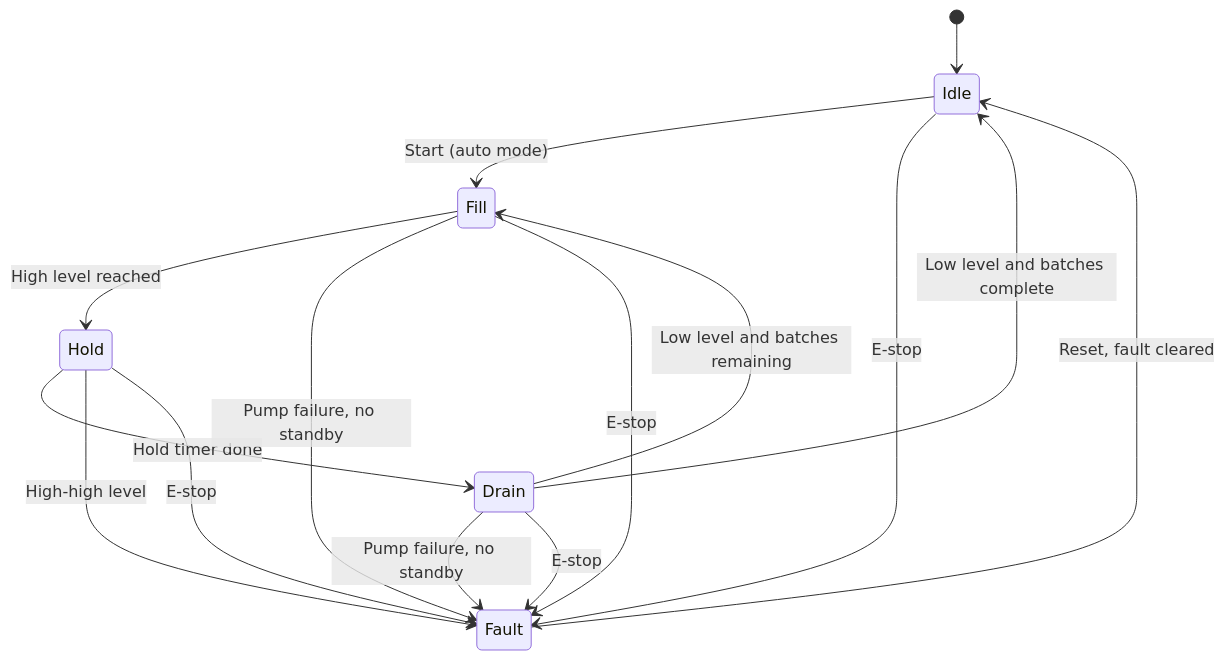
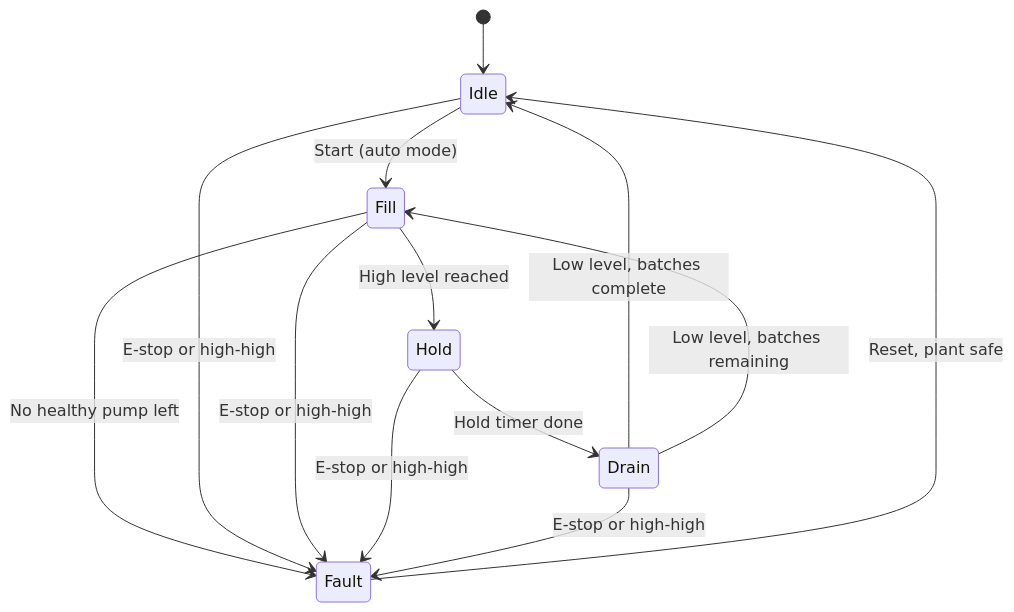
Before and after one commit to lucckkyyy/PLC_Batching_Station: the diagram in README.md, drawn with Mermaid. The commit also changed other lines of this file, not shown here.

````diff
--- a/README.md
+++ b/README.md
@@ -25,17 +73,15 @@
 ```mermaid
 stateDiagram-v2
     [*] --> Idle
     Idle --> Fill: Start (auto mode)
     Fill --> Hold: High level reached
     Hold --> Drain: Hold timer done
-    Drain --> Idle: Low level and batches complete
-    Drain --> Fill: Low level and batches remaining
-    Fill --> Fault: Pump failure, no standby
-    Hold --> Fault: High-high level
-    Drain --> Fault: Pump failure, no standby
-    Idle --> Fault: E-stop
-    Fill --> Fault: E-stop
-    Hold --> Fault: E-stop
-    Drain --> Fault: E-stop
-    Fault --> Idle: Reset, fault cleared
+    Drain --> Idle: Low level, batches complete
+    Drain --> Fill: Low level, batches remaining
+    Fill --> Fault: No healthy pump left
+    Idle --> Fault: E-stop or high-high
+    Fill --> Fault: E-stop or high-high
+    Hold --> Fault: E-stop or high-high
+    Drain --> Fault: E-stop or high-high
+    Fault --> Idle: Reset, plant safe
 ```
````
